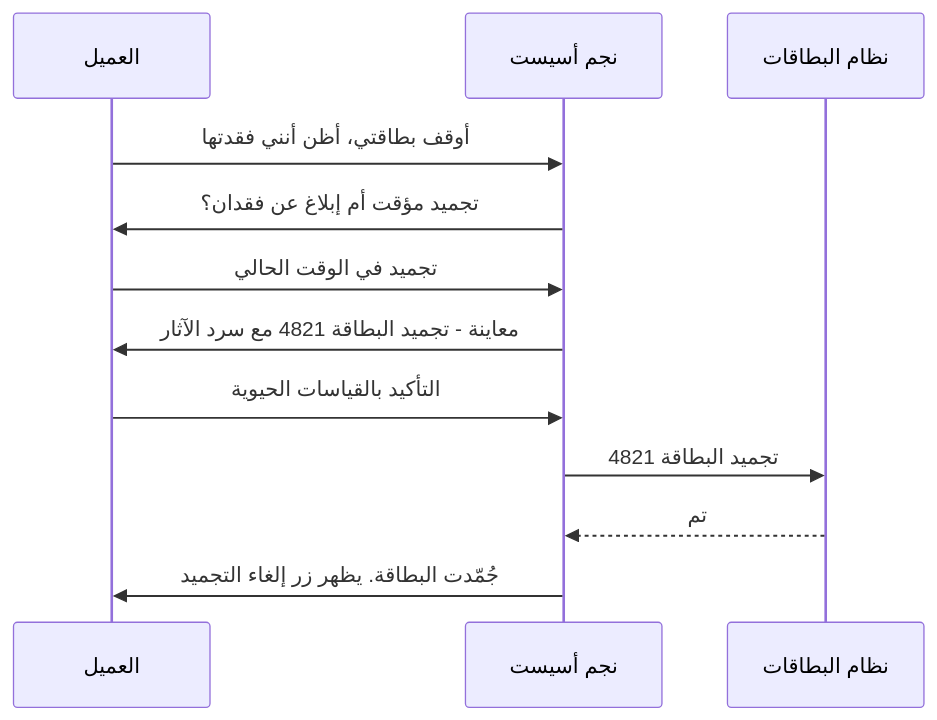
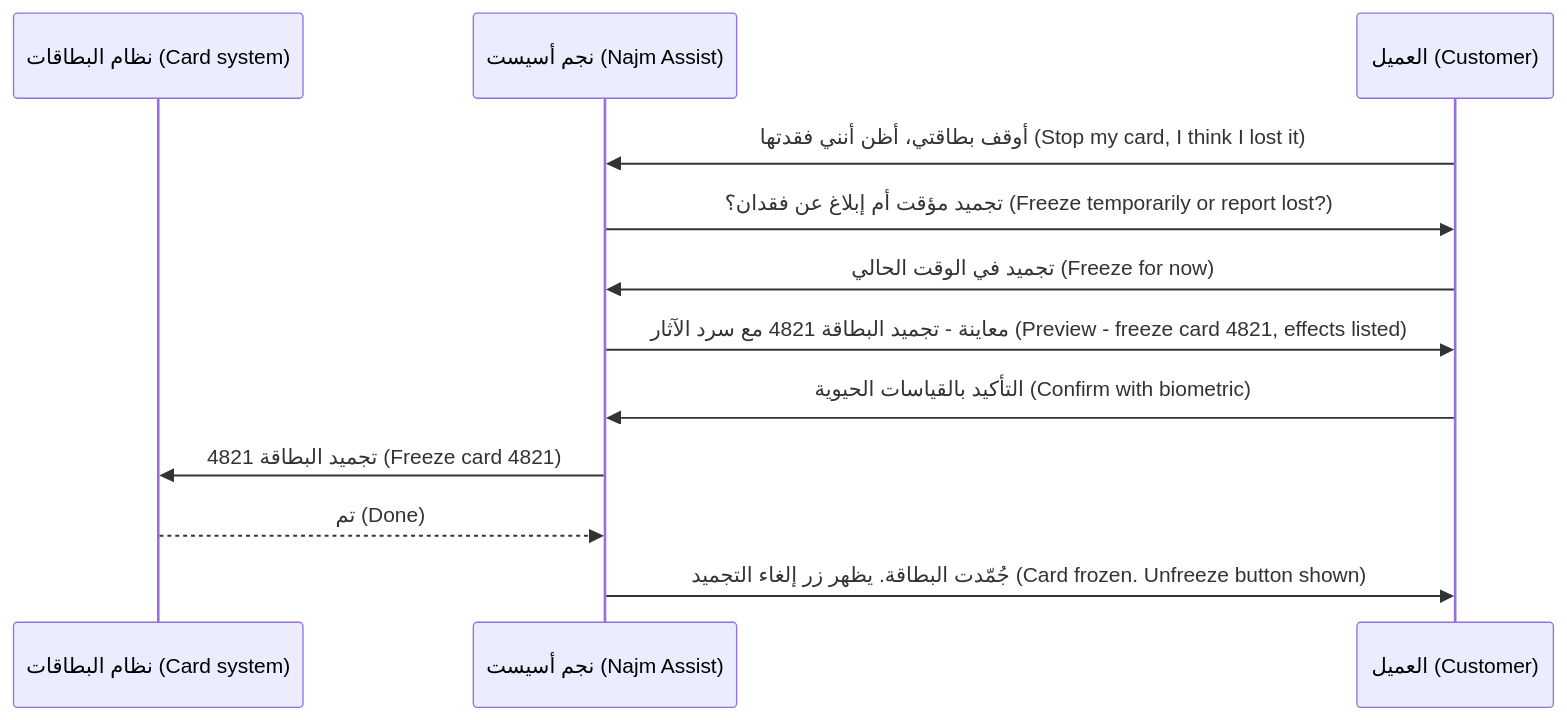
Before and after one commit to Tamoura/system-design-for-vibe-coders: the third of 3 diagrams in aipm/modules/04-design.ar.md, drawn with Mermaid. The commit also changed other lines of this file and 9 other files, not shown here.

First line of the commit message:
AI PM course (AR): right-to-left diagrams with English labels

````diff
--- a/aipm/modules/04-design.ar.md
+++ b/aipm/modules/04-design.ar.md
@@ -546,14 +546,14 @@
 ```mermaid
 sequenceDiagram
-    participant C as العميل
-    participant A as نجم أسيست
-    participant T as نظام البطاقات
-    C->>A: أوقف بطاقتي، أظن أنني فقدتها
-    A->>C: تجميد مؤقت أم إبلاغ عن فقدان؟
-    C->>A: تجميد في الوقت الحالي
-    A->>C: معاينة - تجميد البطاقة 4821 مع سرد الآثار
-    C->>A: التأكيد بالقياسات الحيوية
-    A->>T: تجميد البطاقة 4821
-    T-->>A: تم
-    A->>C: جُمّدت البطاقة. يظهر زر إلغاء التجميد
+    participant T as نظام البطاقات (Card system)
+    participant A as نجم أسيست (Najm Assist)
+    participant C as العميل (Customer)
+    C->>A: أوقف بطاقتي، أظن أنني فقدتها (Stop my card, I think I lost it)
+    A->>C: تجميد مؤقت أم إبلاغ عن فقدان؟ (Freeze temporarily or report lost?)
+    C->>A: تجميد في الوقت الحالي (Freeze for now)
+    A->>C: معاينة - تجميد البطاقة 4821 مع سرد الآثار (Preview - freeze card 4821, effects listed)
+    C->>A: التأكيد بالقياسات الحيوية (Confirm with biometric)
+    A->>T: تجميد البطاقة 4821 (Freeze card 4821)
+    T-->>A: تم (Done)
+    A->>C: جُمّدت البطاقة. يظهر زر إلغاء التجميد (Card frozen. Unfreeze button shown)
 ```
````
